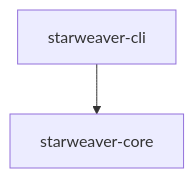
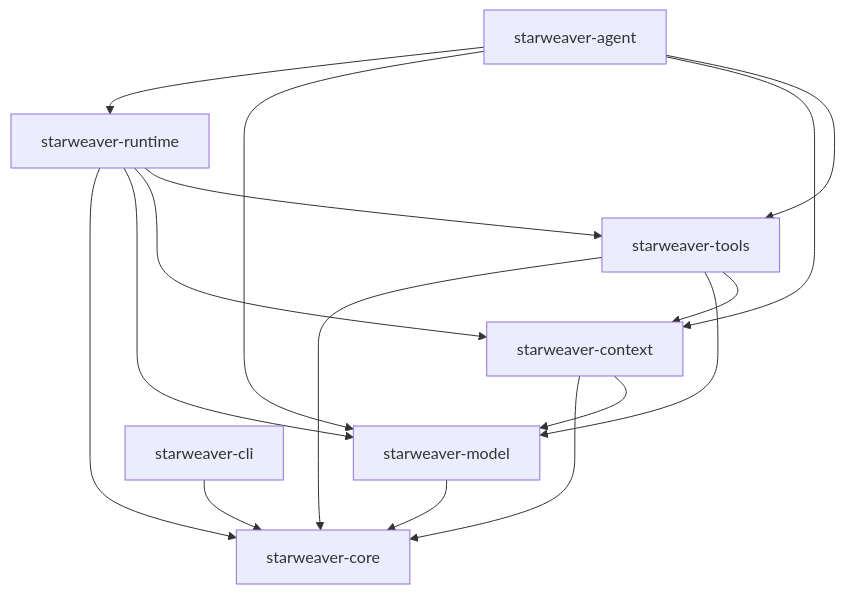
The first of 2 diagrams in README.md (Wh1isper/starweaver), drawn with Mermaid before and after one commit. The commit also changed other lines of this file and 133 other files, not shown here.

````diff
--- a/README.md
+++ b/README.md
@@ -9,7 +24,26 @@
 ```mermaid
 flowchart TD
     core[starweaver-core]
+    model[starweaver-model]
+    context[starweaver-context]
+    tools[starweaver-tools]
+    runtime[starweaver-runtime]
+    agent[starweaver-agent]
     cli[starweaver-cli]
 
+    model --> core
+    context --> core
+    context --> model
+    tools --> core
+    tools --> model
+    tools --> context
+    runtime --> core
+    runtime --> model
+    runtime --> context
+    runtime --> tools
+    agent --> runtime
+    agent --> model
+    agent --> context
+    agent --> tools
     cli --> core
 ```
````
